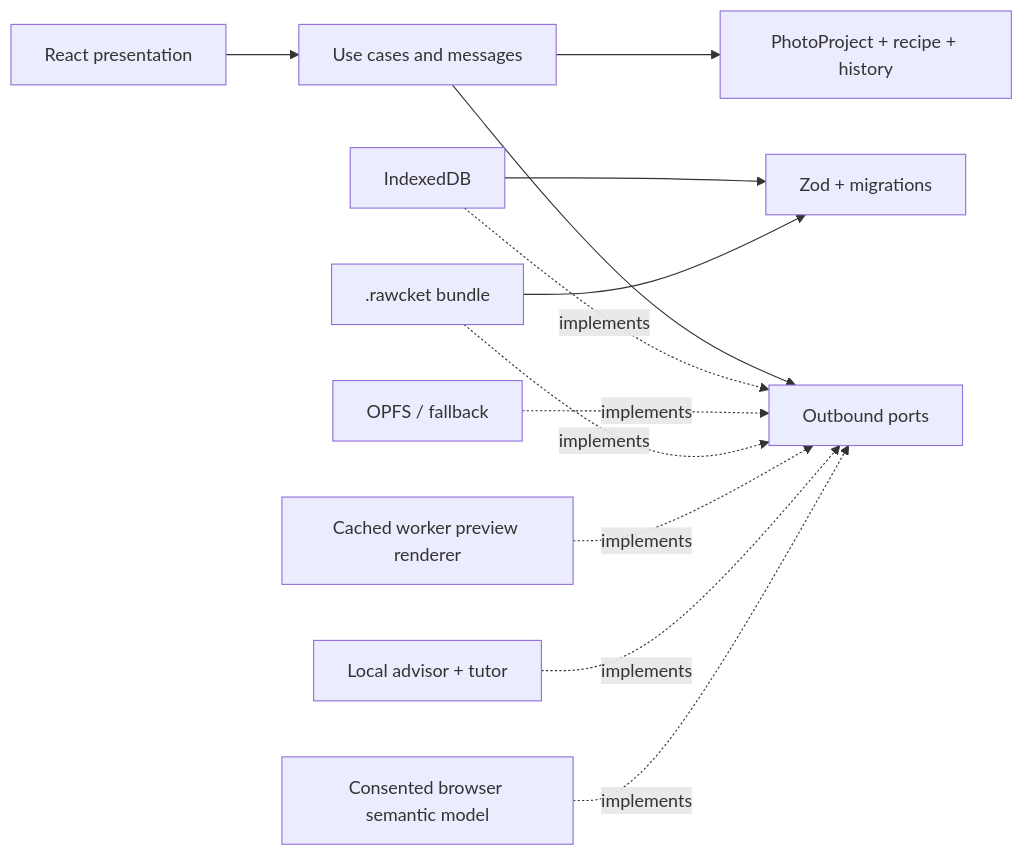
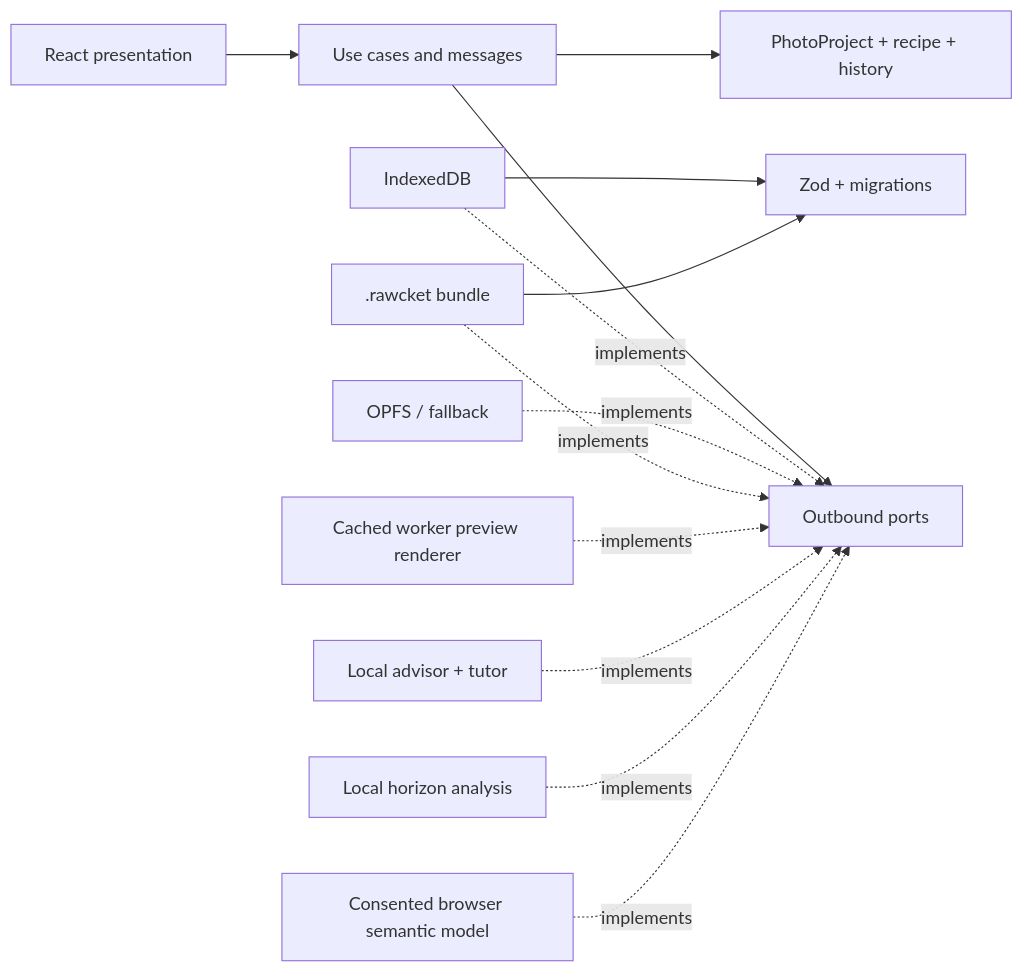
One commit to haskou/RAWcket changed the first of 2 diagrams in docs/architecture.md. Above: the diagram before and after it, drawn with Mermaid. The commit also changed other lines of this file and 15 other files, not shown here.

````diff
--- a/docs/architecture.md
+++ b/docs/architecture.md
@@ -5,14 +5,15 @@
 ```mermaid
 flowchart LR
   UI["React presentation"] --> APP["Use cases and messages"]
   APP --> DOMAIN["PhotoProject + recipe + history"]
   APP --> PORTS["Outbound ports"]
   IDB["IndexedDB"] -. implements .-> PORTS
   OPFS["OPFS / fallback"] -. implements .-> PORTS
   BUNDLE[".rawcket bundle"] -. implements .-> PORTS
   RENDER["Cached worker preview renderer"] -. implements .-> PORTS
   ADVISOR["Local advisor + tutor"] -. implements .-> PORTS
+  ANALYSIS["Local horizon analysis"] -. implements .-> PORTS
   SEMANTIC["Consented browser semantic model"] -. implements .-> PORTS
   IDB --> ZOD["Zod + migrations"]
   BUNDLE --> ZOD
 ```
````
